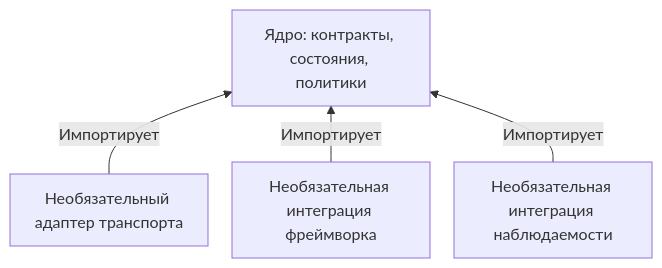
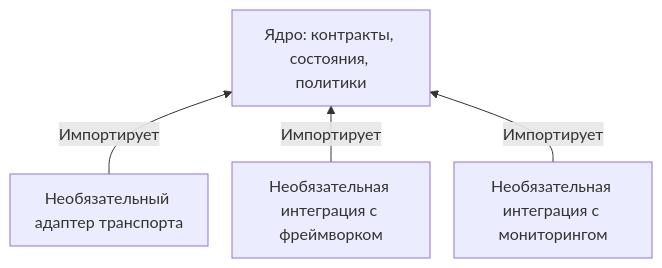
One commit to bedrock-python/bedrock-python.github.io changed the diagram in translations/ru/blog/posts/2026-09-07-zero-dependency-cores.md. Above: the diagram before and after it, drawn with Mermaid. The commit also changed other lines of this file and 24 other files, not shown here.

````diff
--- a/translations/ru/blog/posts/2026-09-07-zero-dependency-cores.md
+++ b/translations/ru/blog/posts/2026-09-07-zero-dependency-cores.md
@@ -74,19 +74,19 @@
 ```mermaid
 ---
 config:
   theme: default
   look: classic
   flowchart:
     useMaxWidth: false
     wrappingWidth: 150
     padding: 12
     nodeSpacing: 24
     rankSpacing: 32
 ---
 flowchart BT
     accTitle: Необязательные интеграции зависят от ядра
-    accDescr: Ядро не импортирует фреймворки и необязательные адаптеры. Extras добавляют интеграции вокруг его контрактов; пакет, посвящённый интеграции с SQLAlchemy, при этом может напрямую зависеть от SQLAlchemy.
+    accDescr: Ядро не импортирует фреймворки и необязательные адаптеры. Интеграции подключаются через extras и используют интерфейсы ядра. Если назначение библиотеки — работа с SQLAlchemy, SQLAlchemy может быть обязательной зависимостью.
     A["Необязательный адаптер транспорта"] -->|"Импортирует"| C["Ядро: контракты, состояния, политики"]
-    B["Необязательная интеграция фреймворка"] -->|"Импортирует"| C
-    O["Необязательная интеграция наблюдаемости"] -->|"Импортирует"| C
+    B["Необязательная интеграция с фреймворком"] -->|"Импортирует"| C
+    O["Необязательная интеграция с мониторингом"] -->|"Импортирует"| C
 ```
````
